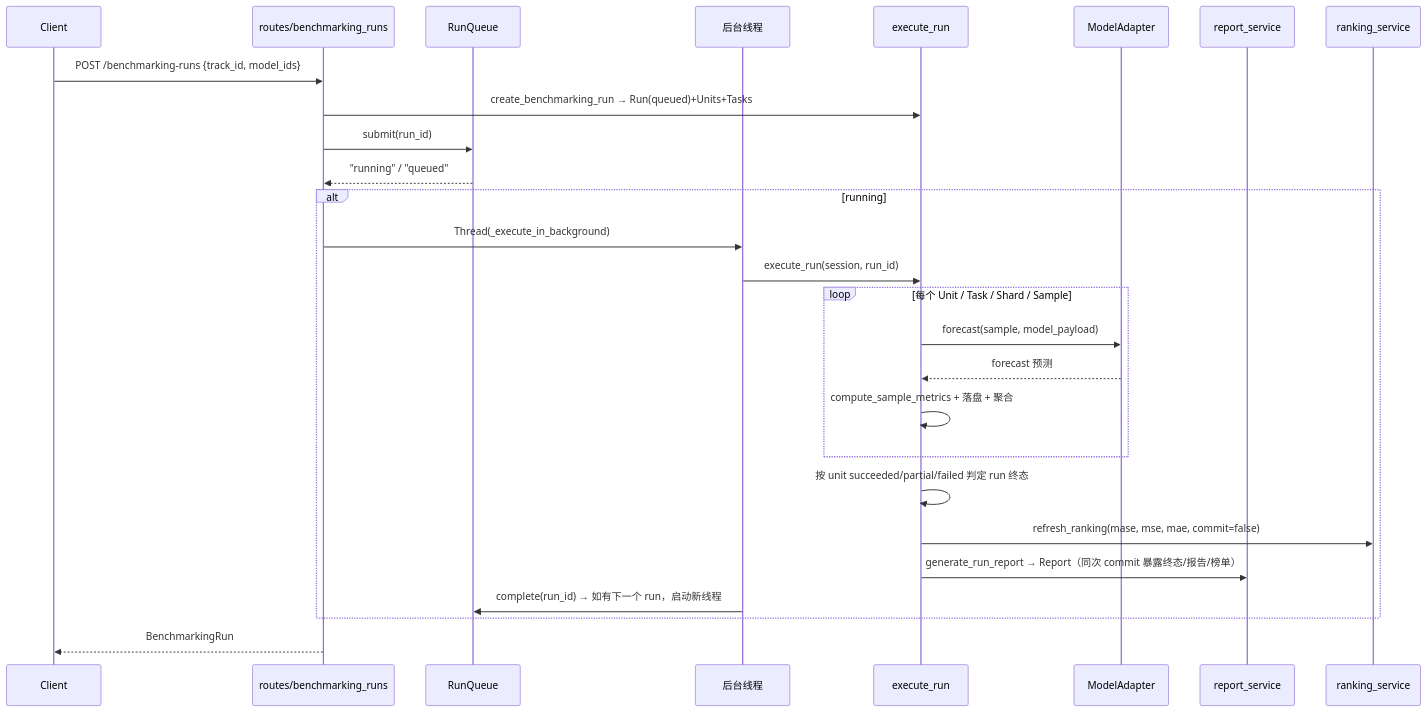
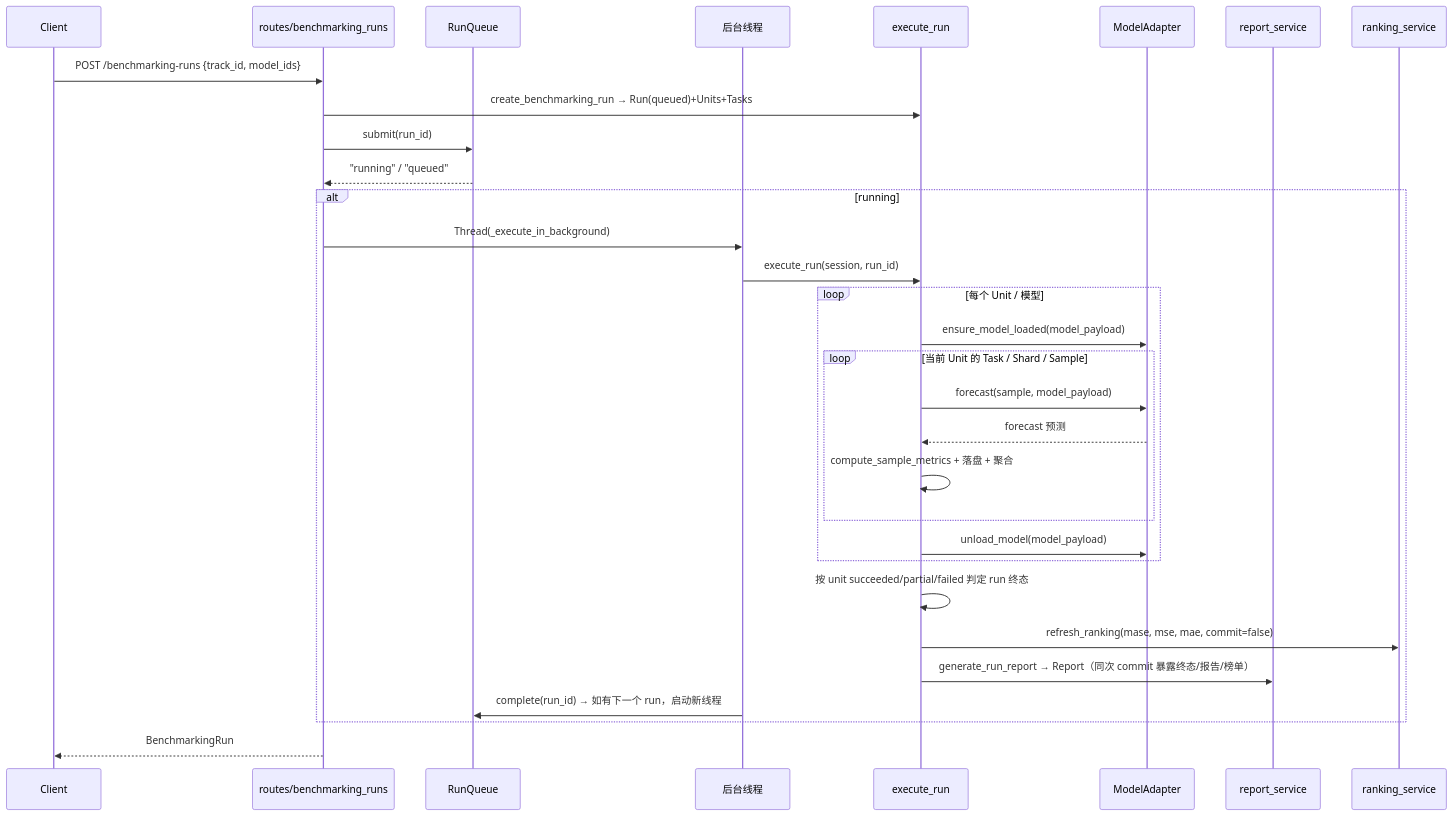
One commit to thulab/CaFE changed the fourth of 7 diagrams in docs/developer/key-flows.md. Above: the diagram before and after it, drawn with Mermaid. The commit also changed other lines of this file and 17 other files, not shown here.

````diff
--- a/docs/developer/key-flows.md
+++ b/docs/developer/key-flows.md
@@ -210,30 +211,34 @@
 ```mermaid
 sequenceDiagram
     participant C as Client
     participant RT as routes/benchmarking_runs
     participant Q as RunQueue
     participant TH as 后台线程
     participant EX as execute_run
     participant AD as ModelAdapter
     participant RPT as report_service
     participant RNK as ranking_service
 
     C->>RT: POST /benchmarking-runs {track_id, model_ids}
     RT->>EX: create_benchmarking_run → Run(queued)+Units+Tasks
     RT->>Q: submit(run_id)
     Q-->>RT: "running" / "queued"
     alt running
         RT->>TH: Thread(_execute_in_background)
         TH->>EX: execute_run(session, run_id)
-        loop 每个 Unit / Task / Shard / Sample
-            EX->>AD: forecast(sample, model_payload)
-            AD-->>EX: forecast 预测
-            EX->>EX: compute_sample_metrics + 落盘 + 聚合
+        loop 每个 Unit / 模型
+            EX->>AD: ensure_model_loaded(model_payload)
+            loop 当前 Unit 的 Task / Shard / Sample
+                EX->>AD: forecast(sample, model_payload)
+                AD-->>EX: forecast 预测
+                EX->>EX: compute_sample_metrics + 落盘 + 聚合
+            end
+            EX->>AD: unload_model(model_payload)
         end
         EX->>EX: 按 unit succeeded/partial/failed 判定 run 终态
         EX->>RNK: refresh_ranking(mase, mse, mae, commit=false)
         EX->>RPT: generate_run_report → Report（同次 commit 暴露终态/报告/榜单）
         TH->>Q: complete(run_id) → 如有下一个 run，启动新线程
     end
     RT-->>C: BenchmarkingRun
 ```
````
